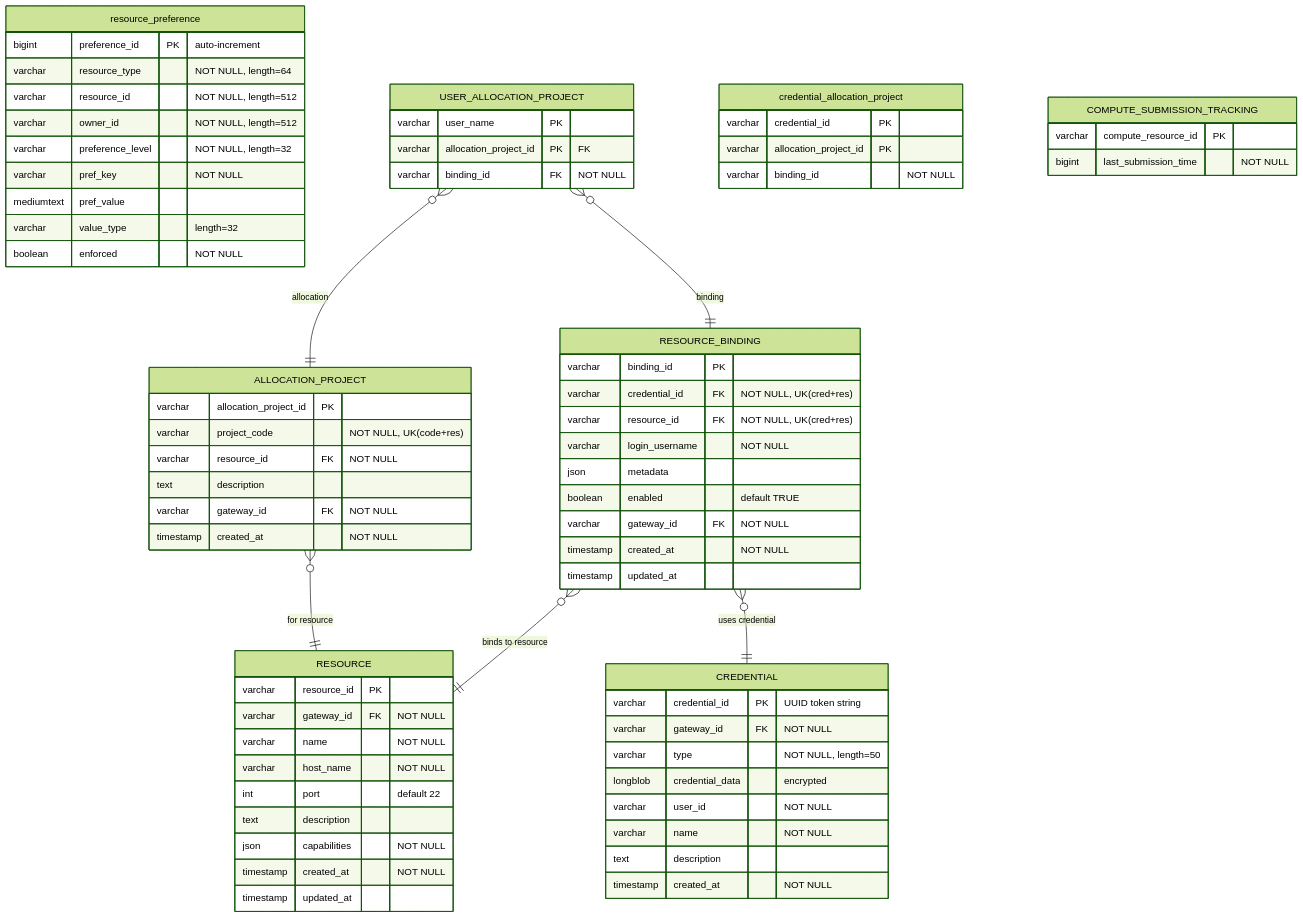
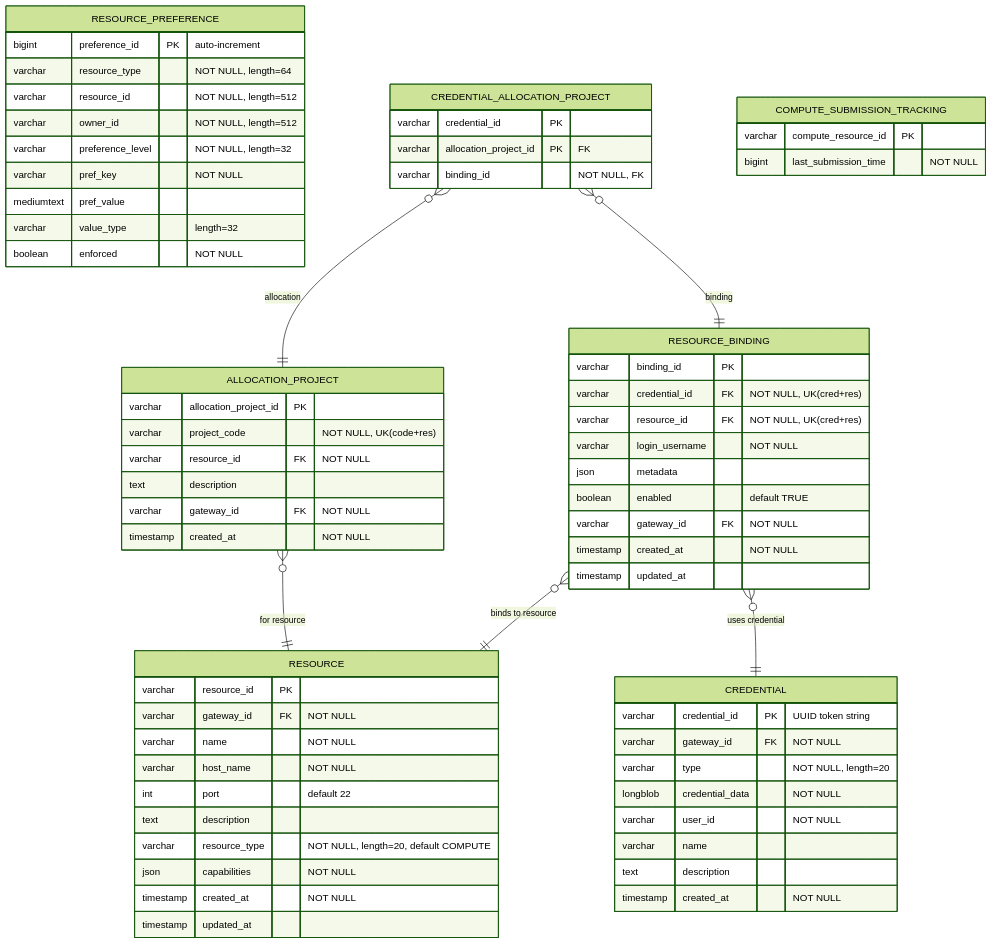
Before and after one commit to apache/airavata: the second of 5 diagrams in docs/ERD.md, drawn with Mermaid (forest theme). The commit also changed other lines of this file and 434 other files, not shown here.

````diff
--- a/docs/ERD.md
+++ b/docs/ERD.md
@@ -124,75 +121,71 @@
 ```mermaid
 %%{init: { "er": { "layoutDirection": "TB", "fontSize": 16 } }}%%
 erDiagram
     RESOURCE {
         varchar resource_id PK
         varchar gateway_id FK "NOT NULL"
         varchar name "NOT NULL"
         varchar host_name "NOT NULL"
         int port "default 22"
         text description
+        varchar resource_type "NOT NULL, length=20, default COMPUTE"
         json capabilities "NOT NULL"
         timestamp created_at "NOT NULL"
         timestamp updated_at
     }
     CREDENTIAL {
         varchar credential_id PK "UUID token string"
         varchar gateway_id FK "NOT NULL"
-        varchar type "NOT NULL, length=50"
-        longblob credential_data "encrypted"
+        varchar type "NOT NULL, length=20"
+        longblob credential_data "NOT NULL"
         varchar user_id "NOT NULL"
-        varchar name "NOT NULL"
+        varchar name
         text description
         timestamp created_at "NOT NULL"
     }
     RESOURCE_BINDING {
         varchar binding_id PK
         varchar credential_id FK "NOT NULL, UK(cred+res)"
         varchar resource_id FK "NOT NULL, UK(cred+res)"
         varchar login_username "NOT NULL"
         json metadata
         boolean enabled "default TRUE"
         varchar gateway_id FK "NOT NULL"
         timestamp created_at "NOT NULL"
         timestamp updated_at
     }
-    resource_preference {
+    RESOURCE_PREFERENCE {
         bigint preference_id PK "auto-increment"
         varchar resource_type "NOT NULL, length=64"
         varchar resource_id "NOT NULL, length=512"
         varchar owner_id "NOT NULL, length=512"
         varchar preference_level "NOT NULL, length=32"
         varchar pref_key "NOT NULL"
         mediumtext pref_value
         varchar value_type "length=32"
         boolean enforced "NOT NULL"
     }
     ALLOCATION_PROJECT {
         varchar allocation_project_id PK
         varchar project_code "NOT NULL, UK(code+res)"
         varchar resource_id FK "NOT NULL"
         text description
         varchar gateway_id FK "NOT NULL"
         timestamp created_at "NOT NULL"
     }
-    USER_ALLOCATION_PROJECT {
-        varchar user_name PK
+    CREDENTIAL_ALLOCATION_PROJECT {
+        varchar credential_id PK
         varchar allocation_project_id PK "FK"
-        varchar binding_id FK "NOT NULL"
-    }
-    credential_allocation_project {
-        varchar credential_id PK
-        varchar allocation_project_id PK
-        varchar binding_id "NOT NULL"
+        varchar binding_id "NOT NULL, FK"
     }
     COMPUTE_SUBMISSION_TRACKING {
         varchar compute_resource_id PK
         bigint last_submission_time "NOT NULL"
     }
 
     RESOURCE_BINDING }o--|| CREDENTIAL : "uses credential"
     RESOURCE_BINDING }o--|| RESOURCE : "binds to resource"
     ALLOCATION_PROJECT }o--|| RESOURCE : "for resource"
-    USER_ALLOCATION_PROJECT }o--|| ALLOCATION_PROJECT : "allocation"
-    USER_ALLOCATION_PROJECT }o--|| RESOURCE_BINDING : "binding"
+    CREDENTIAL_ALLOCATION_PROJECT }o--|| ALLOCATION_PROJECT : "allocation"
+    CREDENTIAL_ALLOCATION_PROJECT }o--|| RESOURCE_BINDING : "binding"
 ```
````
